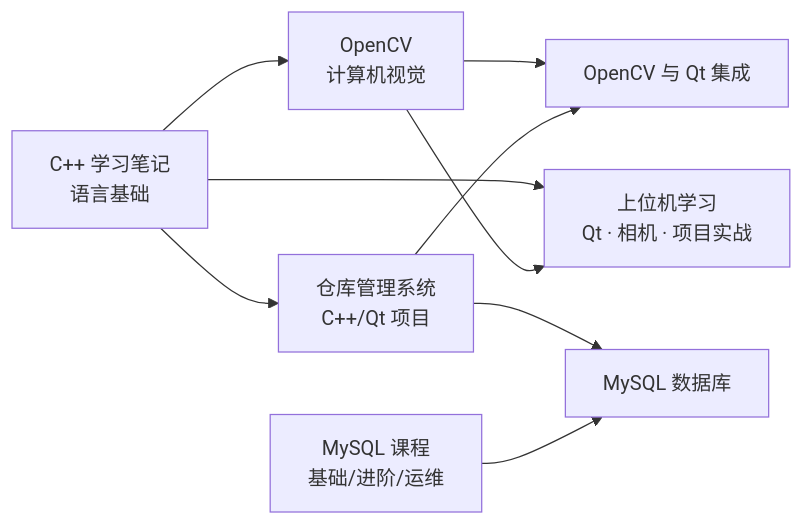
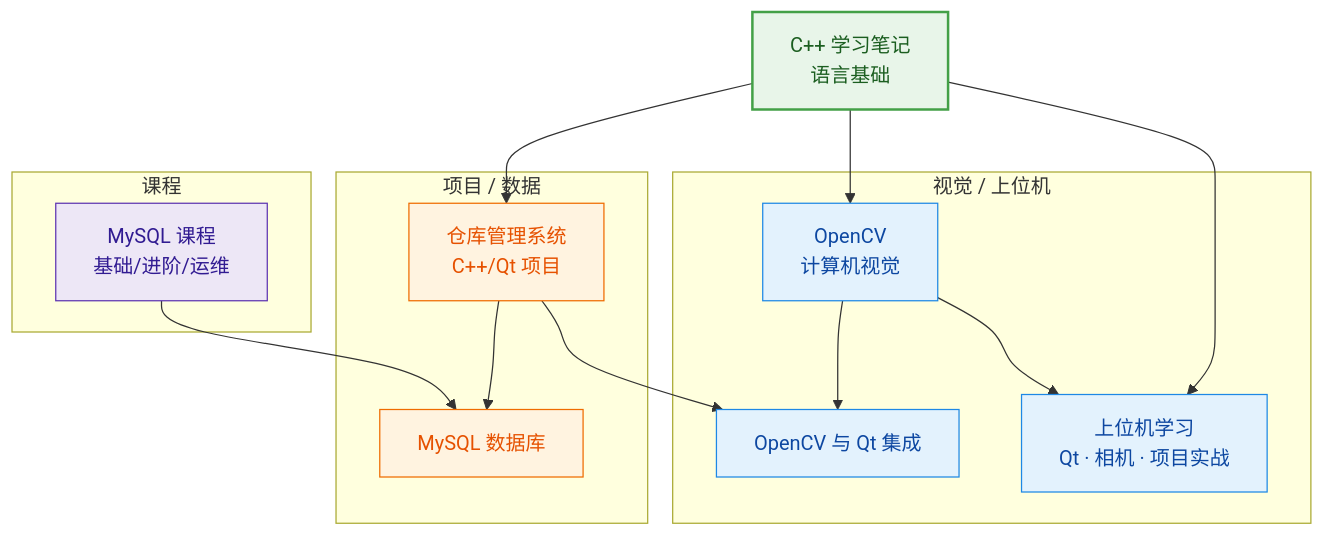
One commit to fanyu99/MyNote changed the diagram in README.md. Above: the diagram before and after it, drawn with Mermaid. The commit also changed 26 other files, not shown here.

````diff
--- a/README.md
+++ b/README.md
@@ -10,11 +10,35 @@
 ```mermaid
-graph LR
-    A[C++ 学习笔记<br/>语言基础] --> B[OpenCV<br/>计算机视觉]
-    A --> C[仓库管理系统<br/>C++/Qt 项目]
-    A --> G[上位机学习<br/>Qt · 相机 · 项目实战]
-    B --> D[OpenCV 与 Qt 集成]
+flowchart TD
+    A["C++ 学习笔记<br/>语言基础"]
+
+    subgraph VISION["视觉 / 上位机"]
+        B["OpenCV<br/>计算机视觉"]
+        D["OpenCV 与 Qt 集成"]
+        G["上位机学习<br/>Qt · 相机 · 项目实战"]
+    end
+    subgraph PROJECT["项目 / 数据"]
+        C["仓库管理系统<br/>C++/Qt 项目"]
+        E["MySQL 数据库"]
+    end
+    subgraph COURSE["课程"]
+        F["MySQL 课程<br/>基础/进阶/运维"]
+    end
+
+    A --> B
+    A --> C
+    A --> G
+    B --> D
     B --> G
     C --> D
-    C --> E[MySQL 数据库]
-    F[MySQL 课程<br/>基础/进阶/运维] --> E
+    C --> E
+    F --> E
+
+    classDef base fill:#e8f5e9,stroke:#43a047,stroke-width:2px,color:#1b5e20;
+    classDef mid fill:#e3f2fd,stroke:#1e88e5,color:#0d47a1;
+    classDef proj fill:#fff3e0,stroke:#ef6c00,color:#e65100;
+    classDef course fill:#ede7f6,stroke:#5e35b1,color:#311b92;
+    class A base;
+    class B,D,G mid;
+    class C,E proj;
+    class F course;
 ```
````
